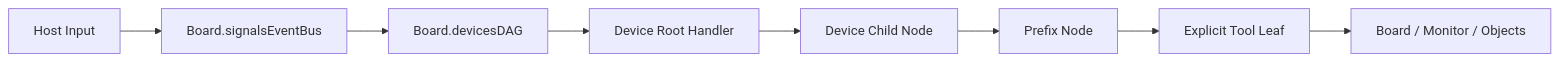
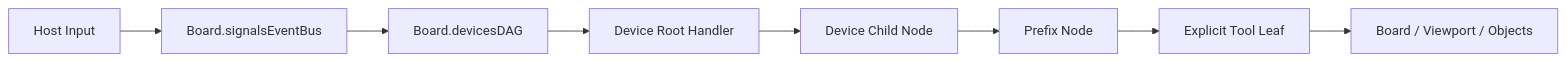
One commit to Frank-Steven/HoundWhiteboard changed the diagram in src/core/docs/core-input-flow.md. Above: the diagram before and after it, drawn with Mermaid. The commit also changed other lines of this file and 98 other files, not shown here.

Commit message:
refactor(viewport): 将 Monitor 全线重命名为 Viewport

````diff
--- a/src/core/docs/core-input-flow.md
+++ b/src/core/docs/core-input-flow.md
@@ -20,10 +20,10 @@
 ```mermaid
 flowchart LR
     Host[Host Input] --> Bus[Board.signalsEventBus]
     Bus --> Tree[Board.devicesDAG]
     Tree --> Device[Device Root Handler]
     Device --> Node[Device Child Node]
     Node --> Prefix[Prefix Node]
     Prefix --> Tool[Explicit Tool Leaf]
-    Tool --> BoardState[Board / Monitor / Objects]
+    Tool --> BoardState[Board / Viewport / Objects]
 ```
````
